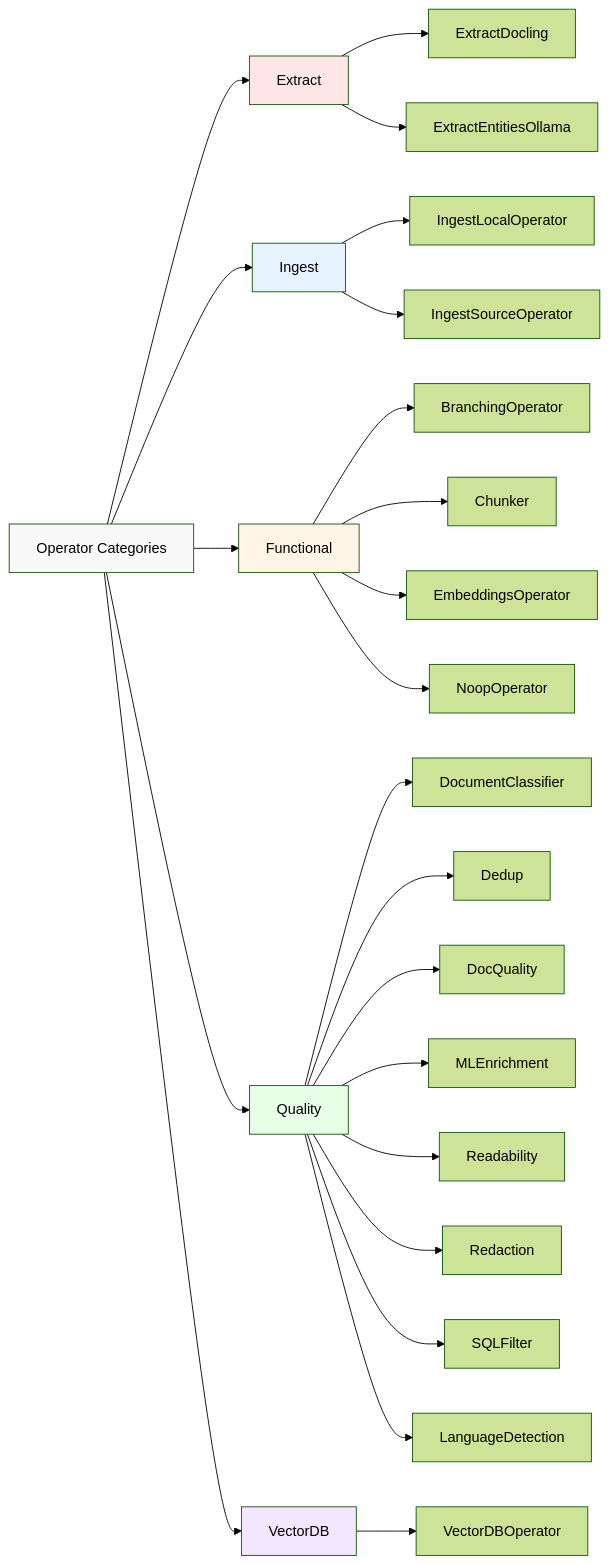
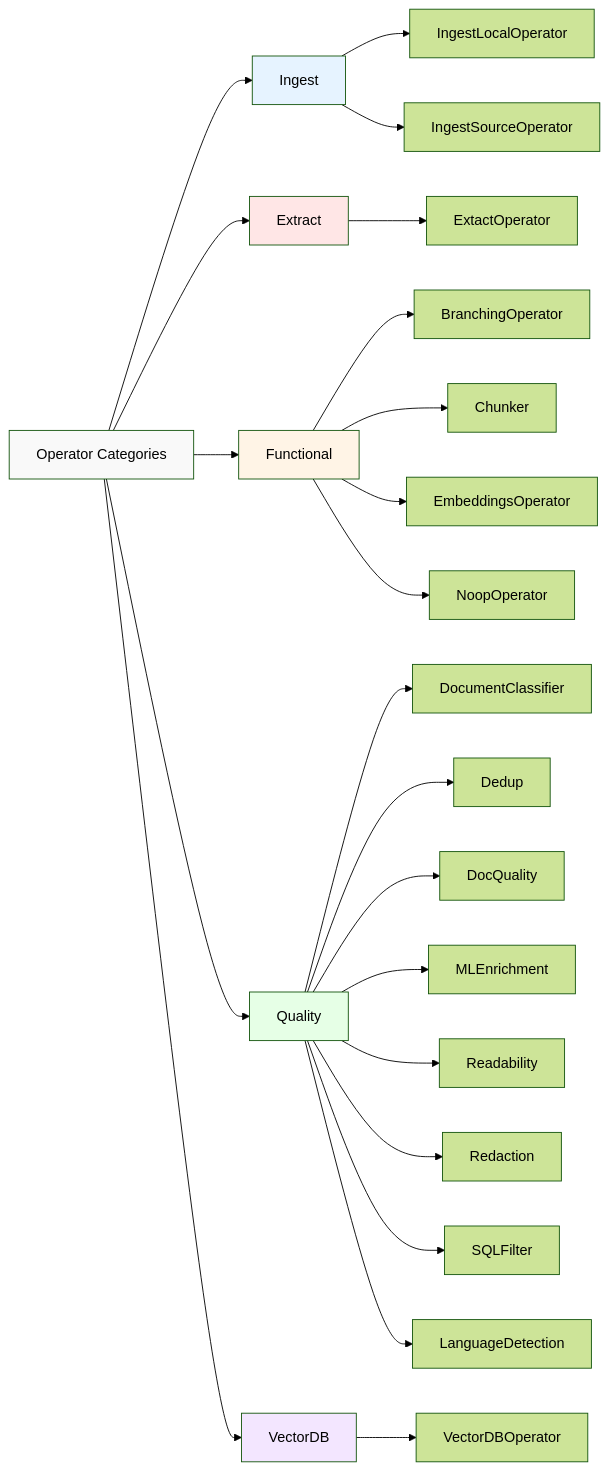
Before and after one commit to anupvarma007-ui/datasift-opensource: the second of 27 diagrams in ARCHITECTURE.md, drawn with Mermaid (forest theme). The commit also changed other lines of this file and 20 other files, not shown here.

First line of the commit message:
Add LiteLLM support for entity extraction in ExtractOperator (#257)

````diff
--- a/ARCHITECTURE.md
+++ b/ARCHITECTURE.md
@@ -218,38 +218,37 @@
 ```mermaid
 graph LR
     OP[Operator Categories]
+    OP --> ING[Ingest]
     OP --> EXT[Extract]
-    OP --> ING[Ingest]
     OP --> FUN[Functional]
     OP --> QUA[Quality]
     OP --> VDB[VectorDB]
-
-    EXT --> E1[ExtractDocling]
-    EXT --> E2[ExtractEntitiesOllama]
-
+    
     ING --> I1[IngestLocalOperator]
     ING --> I2[IngestSourceOperator]
+
+    EXT --> E1[ExtactOperator]
 
     FUN --> F1[BranchingOperator]
     FUN --> F2[Chunker]
     FUN --> F3[EmbeddingsOperator]
     FUN --> F4[NoopOperator]
 
     QUA --> Q1[DocumentClassifier]
     QUA --> Q2[Dedup]
     QUA --> Q3[DocQuality]
     QUA --> Q4[MLEnrichment]
     QUA --> Q5[Readability]
     QUA --> Q6[Redaction]
     QUA --> Q7[SQLFilter]
     QUA --> Q8[LanguageDetection]
 
     VDB --> V1[VectorDBOperator]
 
     style OP fill:#f9f9f9
     style EXT fill:#ffe6e6
     style ING fill:#e6f3ff
     style FUN fill:#fff4e6
     style QUA fill:#e6ffe6
     style VDB fill:#f3e6ff
 ```
````
